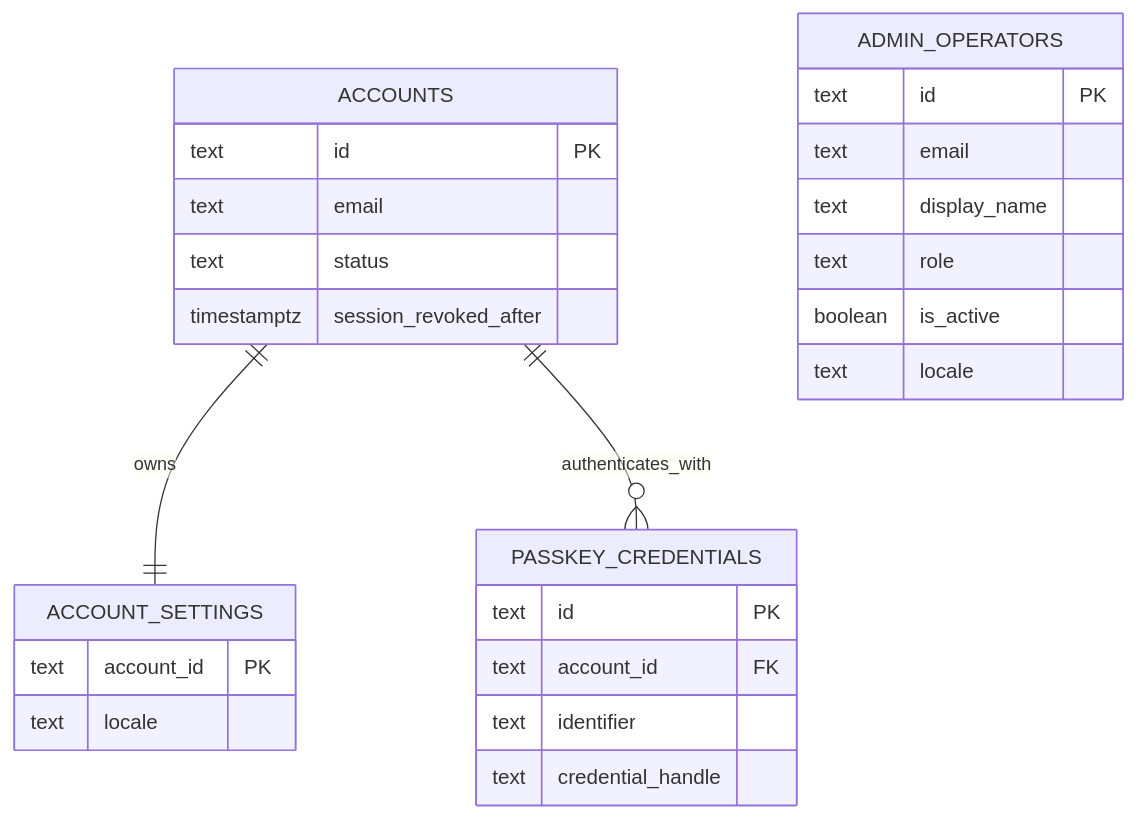
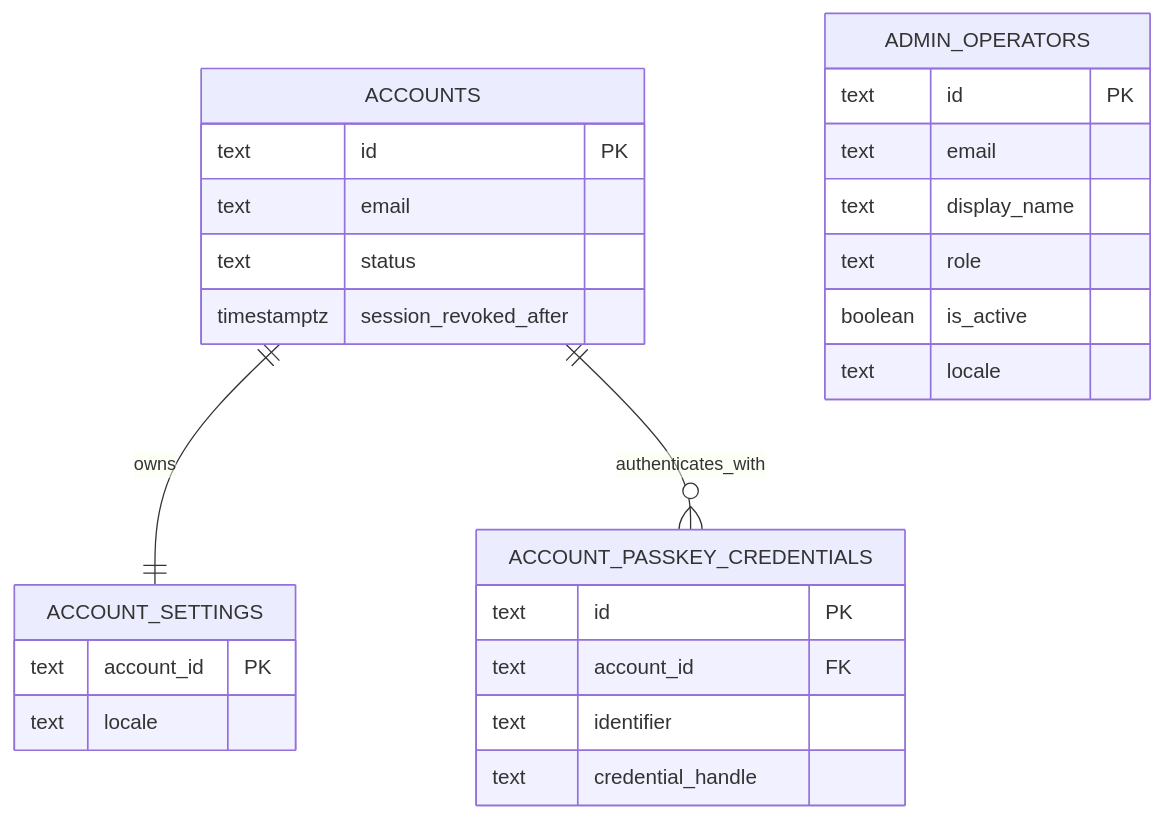
One commit to witwire-net/www-template changed the fifth of 6 diagrams in openspec/changes/add-default-i18n/design.md. Above: the diagram before and after it, drawn with Mermaid. The commit also changed other lines of this file and 5 other files, not shown here.

````diff
--- a/openspec/changes/add-default-i18n/design.md
+++ b/openspec/changes/add-default-i18n/design.md
@@ -402,29 +414,29 @@
 ```mermaid
 erDiagram
   ACCOUNTS {
     text id PK
     text email
     text status
     timestamptz session_revoked_after
   }
   ACCOUNT_SETTINGS {
     text account_id PK
     text locale
   }
-  PASSKEY_CREDENTIALS {
+  ACCOUNT_PASSKEY_CREDENTIALS {
     text id PK
     text account_id FK
     text identifier
     text credential_handle
   }
   ADMIN_OPERATORS {
     text id PK
     text email
     text display_name
     text role
     boolean is_active
     text locale
   }
   ACCOUNTS ||--|| ACCOUNT_SETTINGS : owns
-  ACCOUNTS ||--o{ PASSKEY_CREDENTIALS : authenticates_with
+  ACCOUNTS ||--o{ ACCOUNT_PASSKEY_CREDENTIALS : authenticates_with
 ```
````
